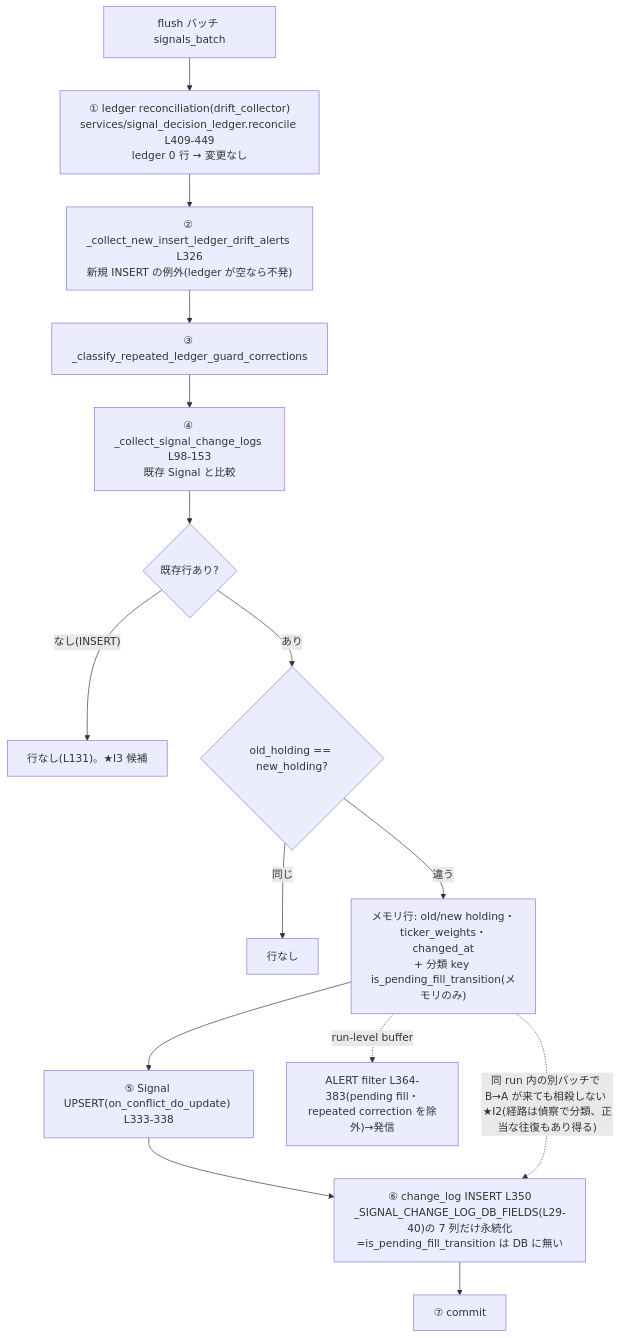
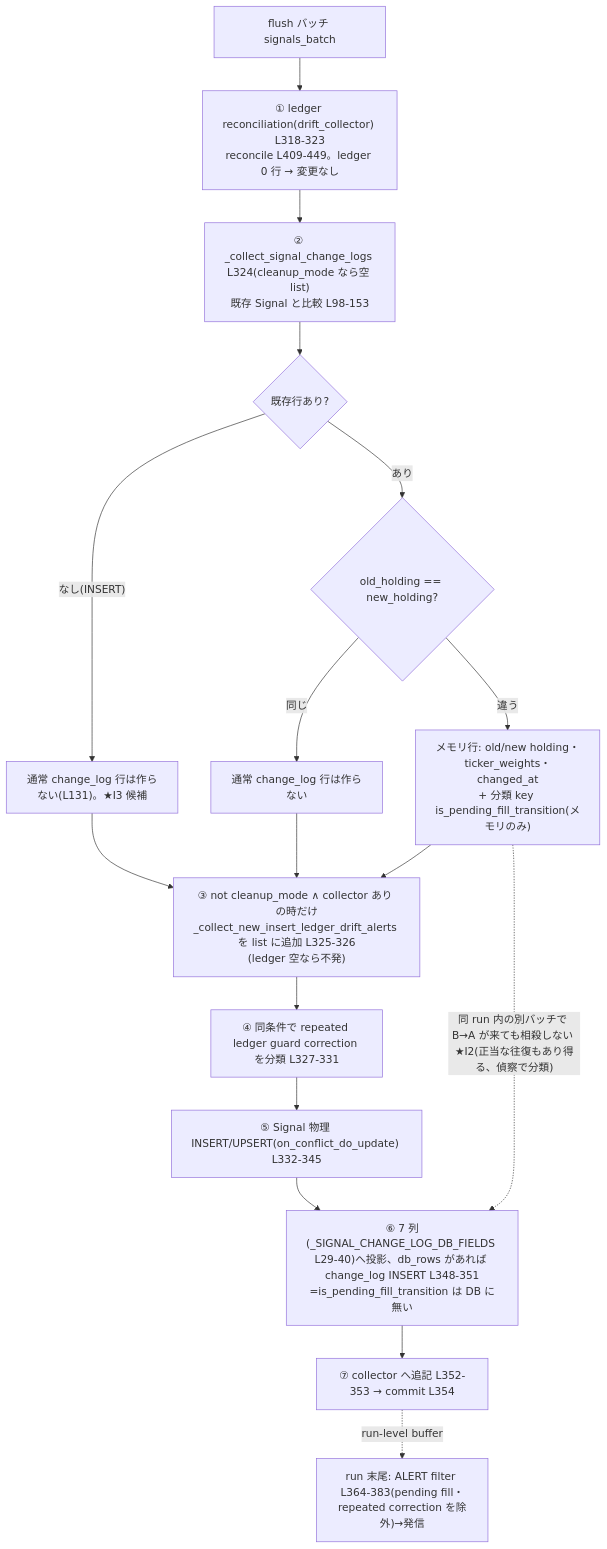
Before and after one commit to simokitafresh/multi-agent-shogun: the fourth of 6 diagrams in docs/research/dm-signal-production-inconsistency-asis-tobe_20260906.md, drawn with Mermaid. The commit also changed other lines of this file, not shown here.

Commit message:
docs(research): prod inconsistency v0.9 — karo R4 (F-D real order 1-7, branches join UPSERT, 3 wording fixes)

````diff
--- a/docs/research/dm-signal-production-inconsistency-asis-tobe_20260906.md
+++ b/docs/research/dm-signal-production-inconsistency-asis-tobe_20260906.md
@@ -100,17 +100,18 @@
 ```mermaid
 flowchart TD
-  B["flush バッチ signals_batch"] --> R1["① ledger reconciliation(drift_collector)<br/>services/signal_decision_ledger.reconcile L409-449<br/>ledger 0 行 → 変更なし"]
-  R1 --> R2["② _collect_new_insert_ledger_drift_alerts L326<br/>新規 INSERT の例外(ledger が空なら不発)"]
-  R2 --> R3["③ _classify_repeated_ledger_guard_corrections"]
-  R3 --> C["④ _collect_signal_change_logs L98-153<br/>既存 Signal と比較"]
+  B["flush バッチ signals_batch"] --> R1["① ledger reconciliation(drift_collector) L318-323<br/>reconcile L409-449。ledger 0 行 → 変更なし"]
+  R1 --> C["② _collect_signal_change_logs L324(cleanup_mode なら空 list)<br/>既存 Signal と比較 L98-153"]
   C --> D{"既存行あり?"}
-  D -->|"なし(INSERT)"| X["行なし(L131)。★I3 候補"]
+  D -->|"なし(INSERT)"| X["通常 change_log 行は作らない(L131)。★I3 候補"]
   D -->|"あり"| E{"old_holding == new_holding?"}
-  E -->|同じ| X2["行なし"]
+  E -->|同じ| X2["通常 change_log 行は作らない"]
   E -->|違う| W["メモリ行: old/new holding・ticker_weights・changed_at<br/>+ 分類 key is_pending_fill_transition(メモリのみ)"]
-  W --> U["⑤ Signal UPSERT(on_conflict_do_update) L333-338"]
-  U --> I["⑥ change_log INSERT L350<br/>_SIGNAL_CHANGE_LOG_DB_FIELDS(L29-40)の 7 列だけ永続化<br/>=is_pending_fill_transition は DB に無い"]
-  I --> CM["⑦ commit"]
-  W -.->|"同 run 内の別バッチで B→A が来ても相殺しない ★I2(経路は偵察で分類、正当な往復もあり得る)"| I
-  W -.->|"run-level buffer"| AL["ALERT filter L364-383(pending fill・repeated correction を除外)→発信"]
+  X --> R2; X2 --> R2; W --> R2
+  R2["③ not cleanup_mode ∧ collector あり の時だけ<br/>_collect_new_insert_ledger_drift_alerts を list に追加 L325-326<br/>(ledger 空なら不発)"]
+  R2 --> R3["④ 同条件で repeated ledger guard correction を分類 L327-331"]
+  R3 --> U["⑤ Signal 物理 INSERT/UPSERT(on_conflict_do_update) L332-345"]
+  U --> I["⑥ 7 列(_SIGNAL_CHANGE_LOG_DB_FIELDS L29-40)へ投影、db_rows があれば change_log INSERT L348-351<br/>=is_pending_fill_transition は DB に無い"]
+  I --> CM["⑦ collector へ追記 L352-353 → commit L354"]
+  W -.->|"同 run 内の別バッチで B→A が来ても相殺しない ★I2(正当な往復もあり得る、偵察で分類)"| I
+  CM -.->|"run-level buffer"| AL["run 末尾: ALERT filter L364-383(pending fill・repeated correction を除外)→発信"]
 ```
````
